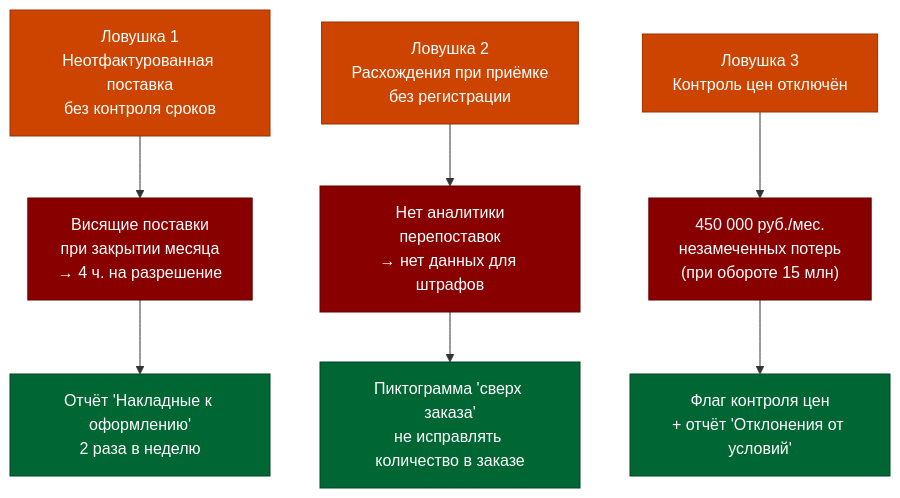
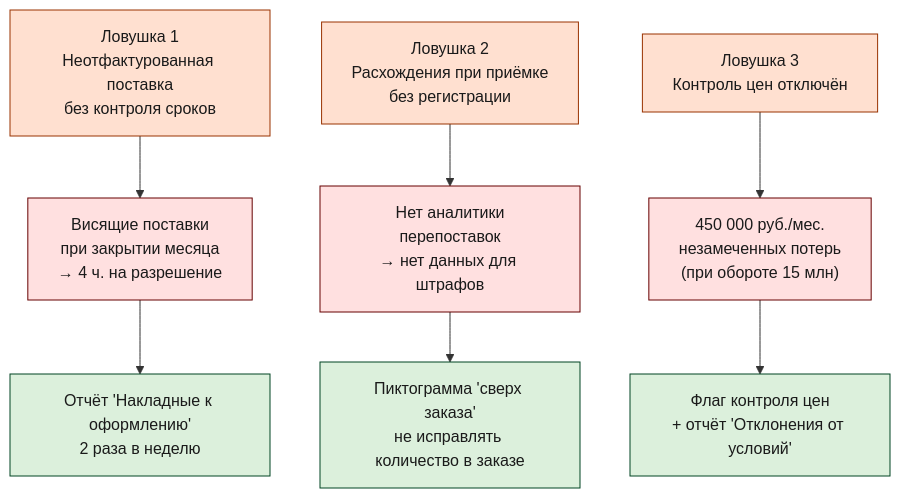
One commit to murad1986/1c-erp-quartz changed the fourth of 6 diagrams in content/1c-erp/week_3/Неделя 3 - День 1 - Закупки.md. Above: the diagram before and after it, drawn with Mermaid. The commit also changed other lines of this file and 57 other files, not shown here.

First line of the commit message:
fix: Mermaid — пастельные цвета в источниках диаграмм (56 файлов)

````diff
--- a/content/1c-erp/week_3/Неделя 3 - День 1 - Закупки.md
+++ b/content/1c-erp/week_3/Неделя 3 - День 1 - Закупки.md
@@ -251,22 +251,22 @@
 ```mermaid
 flowchart TD
     L1["Ловушка 1<br/>Неотфактурованная поставка<br/>без контроля сроков"]:::warn
     L2["Ловушка 2<br/>Расхождения при приёмке<br/>без регистрации"]:::warn
     L3["Ловушка 3<br/>Контроль цен отключён"]:::warn
 
     R1["Висящие поставки<br/>при закрытии месяца<br/>→ 4 ч. на разрешение"]:::red
     R2["Нет аналитики<br/>перепоставок<br/>→ нет данных для штрафов"]:::red
     R3["450 000 руб./мес.<br/>незамеченных потерь<br/>(при обороте 15 млн)"]:::red
 
     S1["Отчёт 'Накладные к оформлению'<br/>2 раза в неделю"]:::green
     S2["Пиктограмма 'сверх заказа'<br/>не исправлять количество в заказе"]:::green
     S3["Флаг контроля цен<br/>+ отчёт 'Отклонения от условий'"]:::green
 
     L1 --> R1 --> S1
     L2 --> R2 --> S2
     L3 --> R3 --> S3
 
-    classDef warn fill:#CC4400,color:#fff,stroke:#993300
-    classDef red fill:#880000,color:#fff,stroke:#660000
-    classDef green fill:#006633,color:#fff,stroke:#004422
+    classDef warn fill:#ffe0d0,color:#1a1a1a,stroke:#993300
+    classDef red fill:#ffe0e0,color:#1a1a1a,stroke:#660000
+    classDef green fill:#dcf0dc,color:#1a1a1a,stroke:#004422
 ```
````
